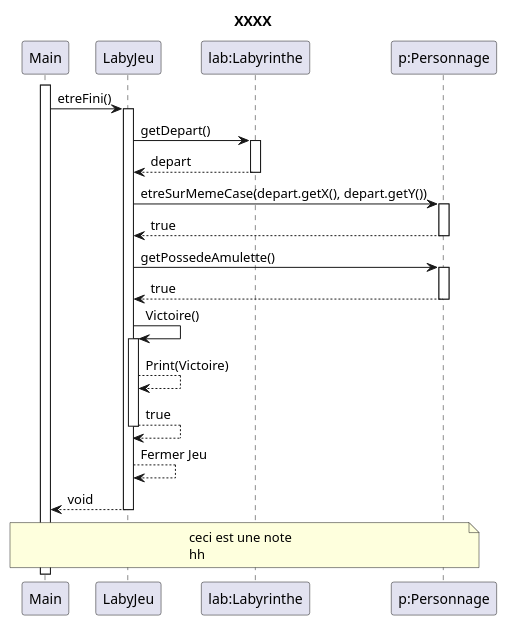
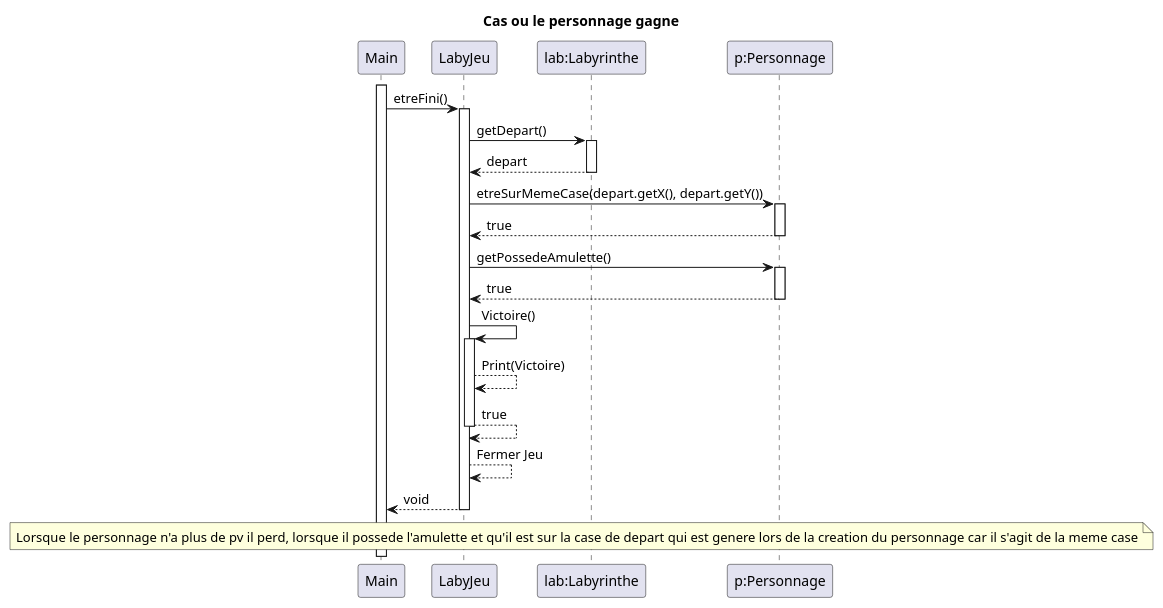
Before and after one commit to LukaSalvo/SAE2024: the diagram in zeldiablo/documents/version_5/diagseq_victoireJoueurTrue.puml, drawn with PlantUML. The commit also changed 5 other files, not shown here.

```diff
--- a/zeldiablo/documents/version_5/diagseq_victoireJoueurTrue.puml
+++ b/zeldiablo/documents/version_5/diagseq_victoireJoueurTrue.puml
@@ -1,43 +1,42 @@
 @startuml
-title "XXXX"
+title: Cas ou le personnage gagne
 
 Participant Main
 participant LabyJeu
 participant "lab:Labyrinthe"  as Labyrinthe
 
 participant "p:Personnage" as Personnage
 activate Main
 Main -> LabyJeu : etreFini()
 activate LabyJeu
 LabyJeu -> Labyrinthe : getDepart()
 activate Labyrinthe
 Labyrinthe --> LabyJeu : depart
 deactivate Labyrinthe
 
 LabyJeu -> Personnage : etreSurMemeCase(depart.getX(), depart.getY())
 activate Personnage
 Personnage --> LabyJeu : true
 deactivate Personnage
 LabyJeu -> Personnage : getPossedeAmulette()
 activate Personnage
 Personnage --> LabyJeu : true
 deactivate Personnage
 LabyJeu -> LabyJeu : Victoire()
 activate LabyJeu
 LabyJeu --> LabyJeu : Print(Victoire)
 
 LabyJeu --> LabyJeu : true
 deactivate LabyJeu
 LabyJeu --> LabyJeu : Fermer Jeu
 LabyJeu --> Main : void
 
 
 deactivate LabyJeu
 note across
-ceci est une note
-hh
+Lorsque le personnage n'a plus de pv il perd, lorsque il possede l'amulette et qu'il est sur la case de depart qui est genere lors de la creation du personnage car il s'agit de la meme case
 end note
 
 
 
 @enduml
```
